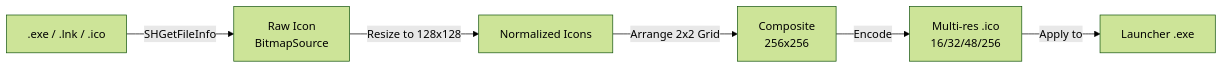
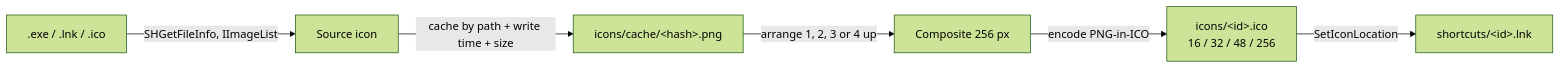
The second of 2 diagrams in docs/architecture.md (Chookees/taskbar-grouping), drawn with Mermaid (forest theme) before and after one commit. The commit also changed other lines of this file and 3 other files, not shown here.

````diff
--- a/docs/architecture.md
+++ b/docs/architecture.md
@@ -114,8 +183,8 @@
 ```mermaid
 graph LR
-    A[.exe / .lnk / .ico] -->|SHGetFileInfo| B[Raw Icon<br/>BitmapSource]
-    B -->|Resize to 128x128| C[Normalized Icons]
-    C -->|Arrange 2x2 Grid| D[Composite<br/>256x256]
-    D -->|Encode| E[Multi-res .ico<br/>16/32/48/256]
-    E -->|Apply to| F[Launcher .exe]
+    A[".exe / .lnk / .ico"] -->|SHGetFileInfo, IImageList| B[Source icon]
+    B -->|cache by path + write time + size| C[icons/cache/&lt;hash&gt;.png]
+    C -->|arrange 1, 2, 3 or 4 up| D[Composite 256 px]
+    D -->|encode PNG-in-ICO| E["icons/&lt;id&gt;.ico<br/>16 / 32 / 48 / 256"]
+    E -->|SetIconLocation| F["shortcuts/&lt;id&gt;.lnk"]
 ```
````
